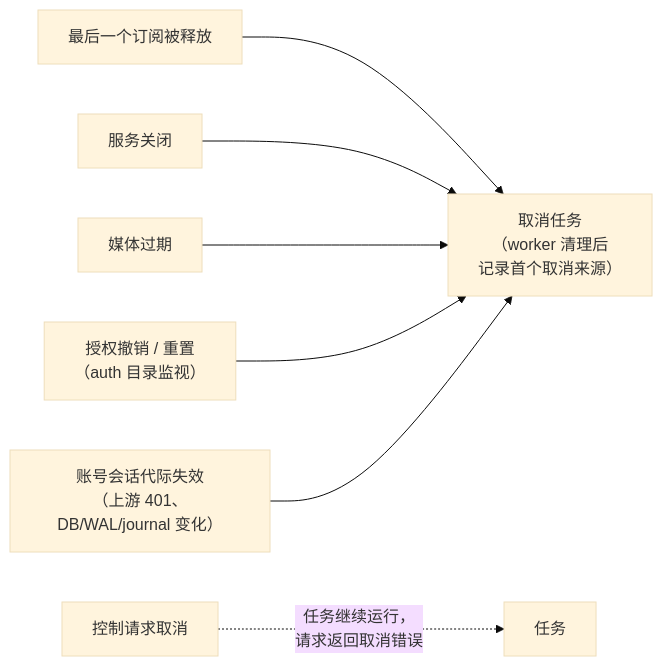
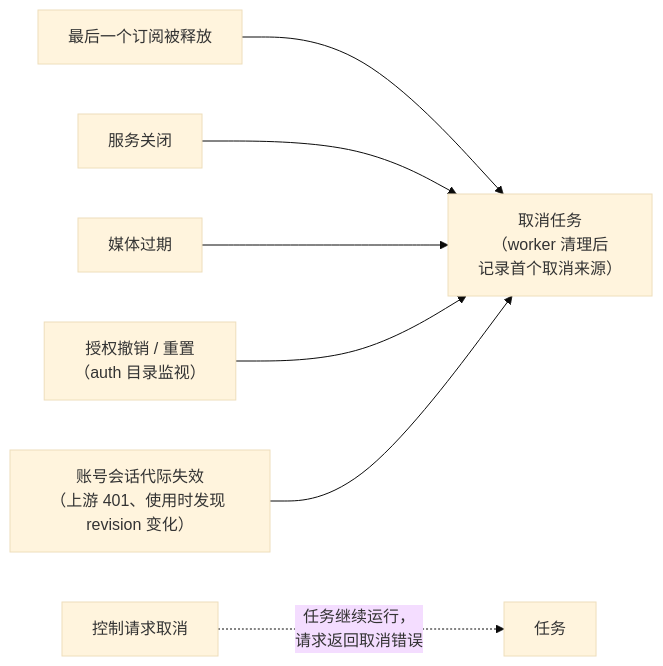
The fourth of 4 diagrams in docs/zh-CN/mcp-gallery.md (FlanChanXwO/pixiv-cli), drawn with Mermaid (base theme) before and after one commit. The commit also changed other lines of this file and 91 other files, not shown here.

````diff
--- a/docs/zh-CN/mcp-gallery.md
+++ b/docs/zh-CN/mcp-gallery.md
@@ -188,9 +188,9 @@
 ```mermaid
 flowchart LR
     R["最后一个订阅被释放"] --> X["取消任务<br/>（worker 清理后<br/>记录首个取消来源）"]
     SD["服务关闭"] --> X
     EX["媒体过期"] --> X
     AU["授权撤销 / 重置<br/>（auth 目录监视）"] --> X
-    GE["账号会话代际失效<br/>（上游 401、DB/WAL/journal 变化）"] --> X
+    GE["账号会话代际失效<br/>（上游 401、使用时发现 revision 变化）"] --> X
     CR["控制请求取消"] -.->|"任务继续运行，<br/>请求返回取消错误"| J["任务"]
 ```
````
